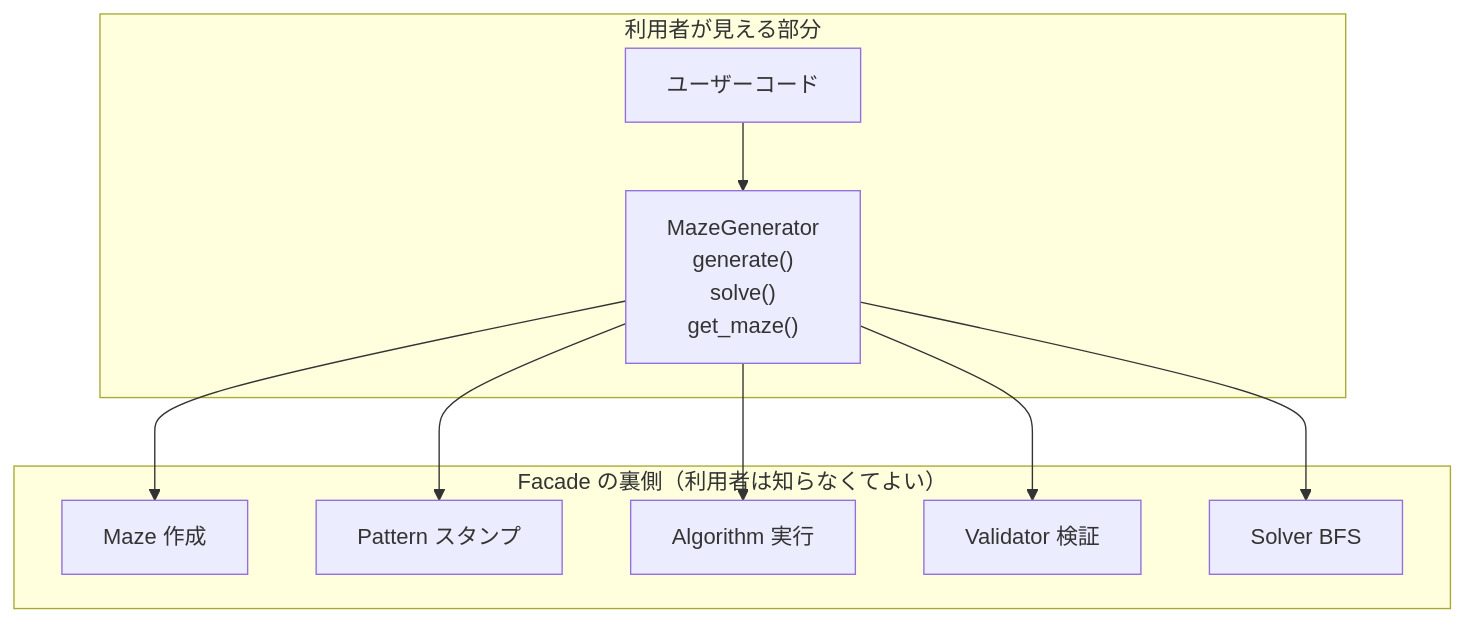
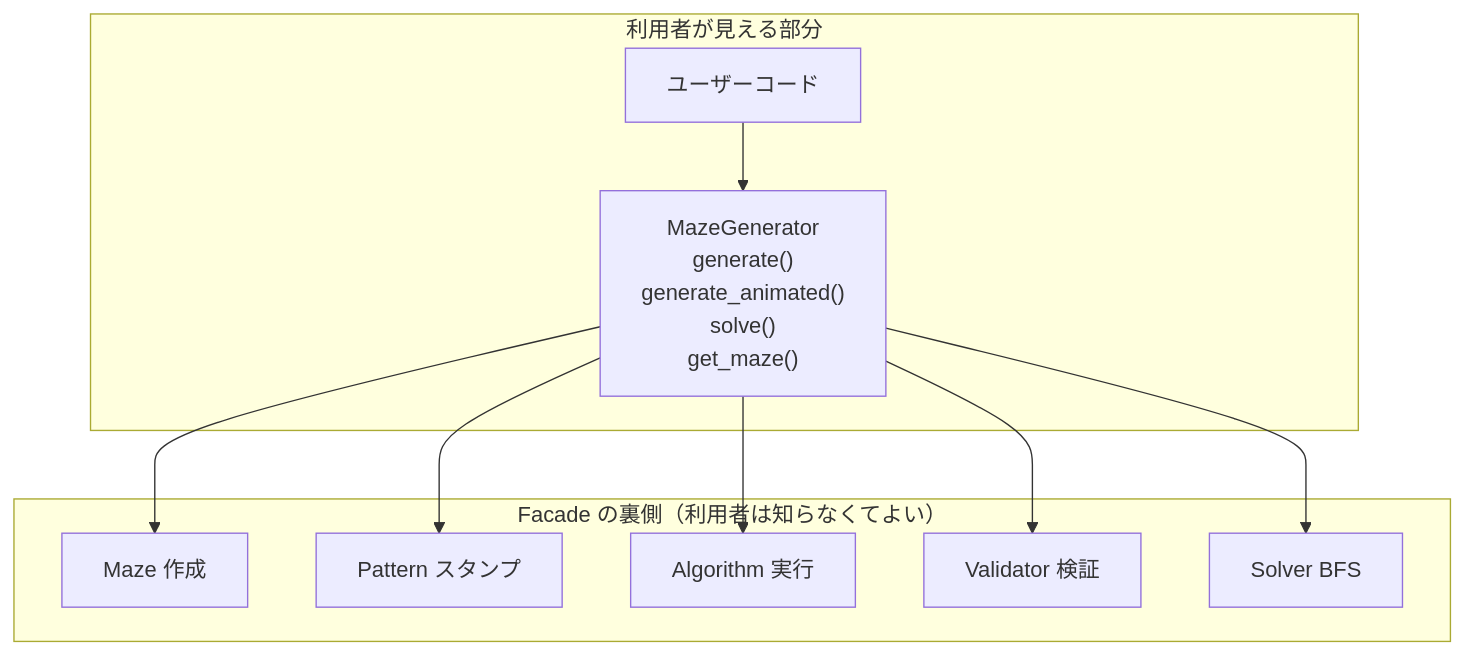
The second of 5 diagrams in .docs/05-design-patterns.md (liofval/a_maze_ing), drawn with Mermaid before and after one commit. The commit also changed other lines of this file and 14 other files, not shown here.

````diff
--- a/.docs/05-design-patterns.md
+++ b/.docs/05-design-patterns.md
@@ -87,22 +98,22 @@
 ```mermaid
 graph TB
     subgraph "利用者が見える部分"
         User["ユーザーコード"]
-        Facade["MazeGenerator<br/>generate()<br/>solve()<br/>get_maze()"]
+        Facade["MazeGenerator<br/>generate()<br/>generate_animated()<br/>solve()<br/>get_maze()"]
     end
 
     subgraph "Facade の裏側（利用者は知らなくてよい）"
         M[Maze 作成]
         P[Pattern スタンプ]
         A[Algorithm 実行]
         V[Validator 検証]
         S[Solver BFS]
     end
 
     User --> Facade
     Facade --> M
     Facade --> P
     Facade --> A
     Facade --> V
     Facade --> S
 ```
````
